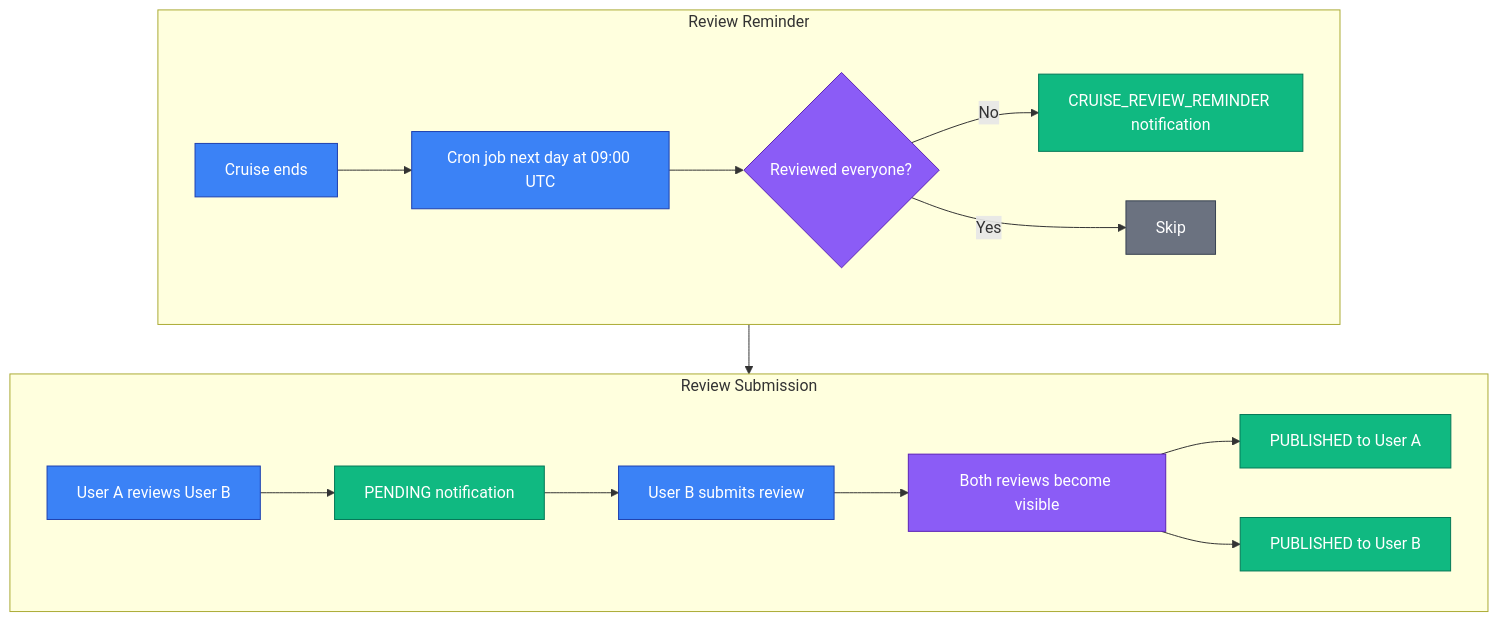
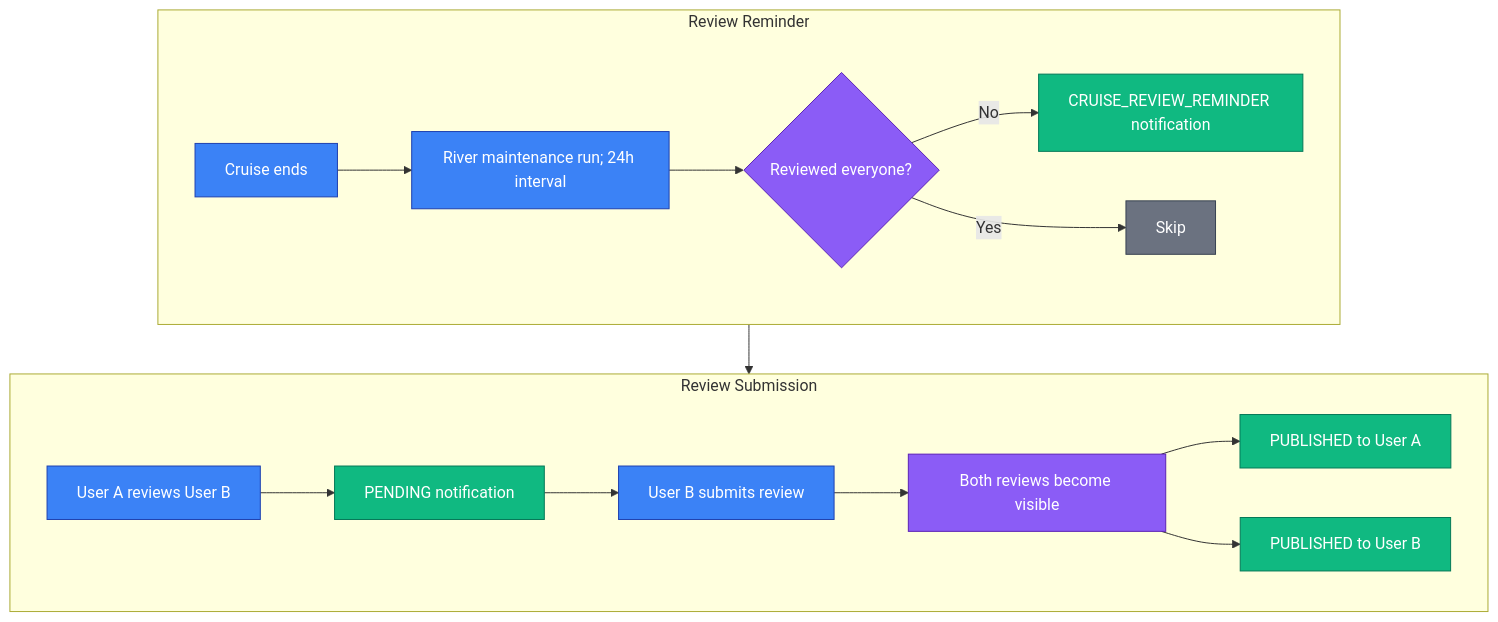
Before and after one commit to kardasz/skipper-club-android: the fifth of 5 diagrams in docs/api/reference/flows/notification-flows.md, drawn with Mermaid. The commit also changed other lines of this file and 40 other files, not shown here.

````diff
--- a/docs/api/reference/flows/notification-flows.md
+++ b/docs/api/reference/flows/notification-flows.md
@@ -162,25 +162,25 @@
 ```mermaid
 flowchart TB
     subgraph reminderFlow [Review Reminder]
-        R1[Cruise ends]:::trigger --> R2[Cron job next day at 09:00 UTC]:::trigger
+        R1[Cruise ends]:::trigger --> R2[River maintenance run; 24h interval]:::trigger
         R2 --> R3{Reviewed everyone?}:::decision
         R3 -->|No| R4[CRUISE_REVIEW_REMINDER notification]:::notify
         R3 -->|Yes| R5[Skip]:::skip
     end
 
     subgraph reviewFlow [Review Submission]
         A[User A reviews User B]:::trigger --> N1[PENDING notification]:::notify
         N1 --> B[User B submits review]:::trigger
         B --> C[Both reviews become visible]:::state
         C --> N2[PUBLISHED to User A]:::notify
         C --> N3[PUBLISHED to User B]:::notify
     end
 
     reminderFlow --> reviewFlow
 
     classDef trigger fill:#3B82F6,stroke:#1E40AF,color:#FFFFFF
     classDef notify fill:#10B981,stroke:#047857,color:#FFFFFF
     classDef state fill:#8B5CF6,stroke:#5B21B6,color:#FFFFFF
     classDef decision fill:#8B5CF6,stroke:#5B21B6,color:#FFFFFF
     classDef skip fill:#6B7280,stroke:#374151,color:#FFFFFF
 ```
````
